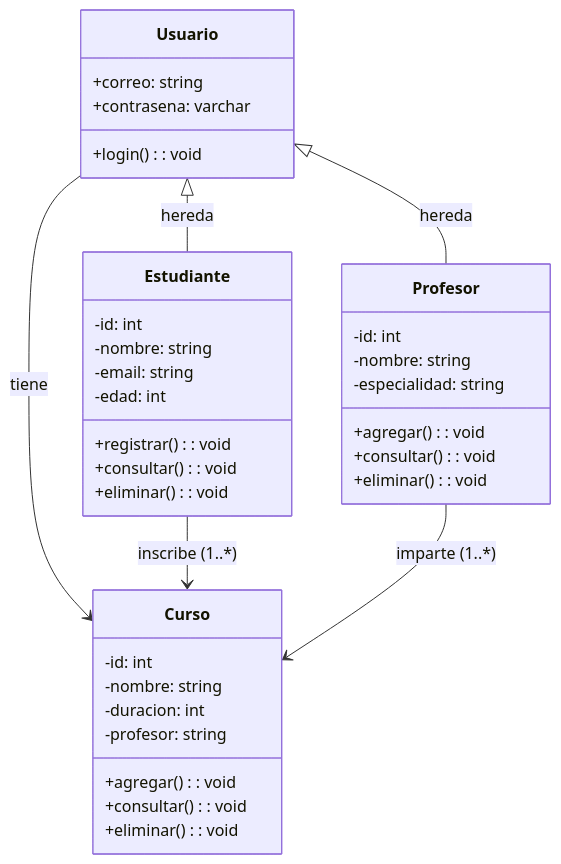
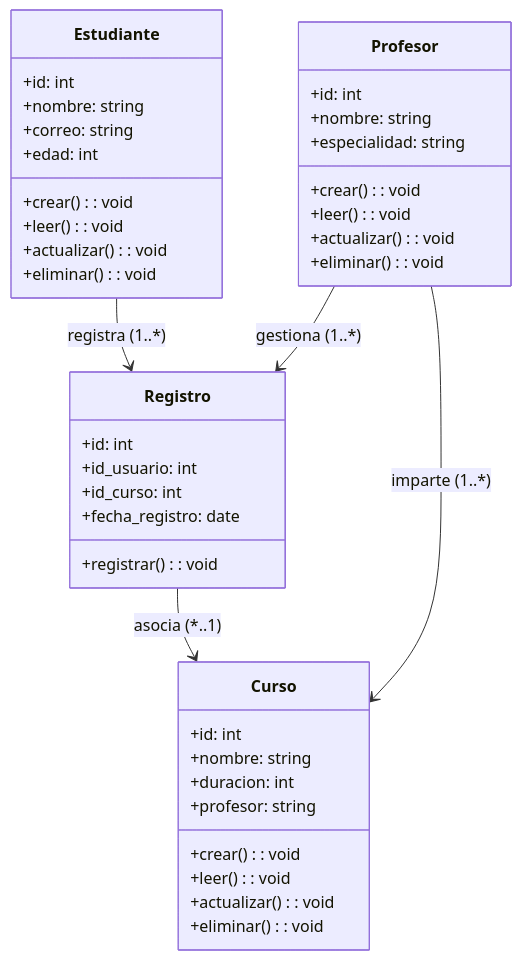
Before and after one commit to jq123071/Proyecto-avance: the diagram in imagenes/diagramaUML.mmd, drawn with Mermaid. The commit also changed 4 other files, not shown here.

```diff
--- a/imagenes/diagramaUML.mmd
+++ b/imagenes/diagramaUML.mmd
@@ -1,40 +1,42 @@
 classDiagram
-    class Usuario {
+    class Estudiante {
+        +id: int
+        +nombre: string
         +correo: string
-        +contrasena: varchar
-        +login(): void
-    }
-    class Estudiante {
-        -id: int
-        -nombre: string
-        -email: string
-        -edad: int
-        +registrar(): void
-        +consultar(): void
+        +edad: int
+        +crear(): void
+        +leer(): void
+        +actualizar(): void
         +eliminar(): void
     }
-
     class Profesor {
-        -id: int
-        -nombre: string
-        -especialidad: string
-        +agregar(): void
-        +consultar(): void
+        +id: int
+        +nombre: string
+        +especialidad: string
+        +crear(): void
+        +leer(): void
+        +actualizar(): void
         +eliminar(): void
     }
-
     class Curso {
-        -id: int
-        -nombre: string
-        -duracion: int
-        -profesor: string
-        +agregar(): void
-        +consultar(): void
+        +id: int
+        +nombre: string
+        +duracion: int
+        +profesor: string
+        +crear(): void
+        +leer(): void
+        +actualizar(): void
         +eliminar(): void
     }
+    class Registro {
+        +id: int
+        +id_usuario: int
+        +id_curso: int
+        +fecha_registro: date
+        +registrar(): void
+    }
     
-    Usuario <|-- Estudiante : hereda
-    Usuario <|-- Profesor : hereda
-    Usuario --> Curso : tiene
-    Estudiante --> Curso : inscribe (1..*)
+    Estudiante --> Registro : registra (1..*)
+    Registro --> Curso : asocia (*..1)
+    Profesor --> Registro : gestiona (1..*)
     Profesor --> Curso : imparte (1..*)
```
